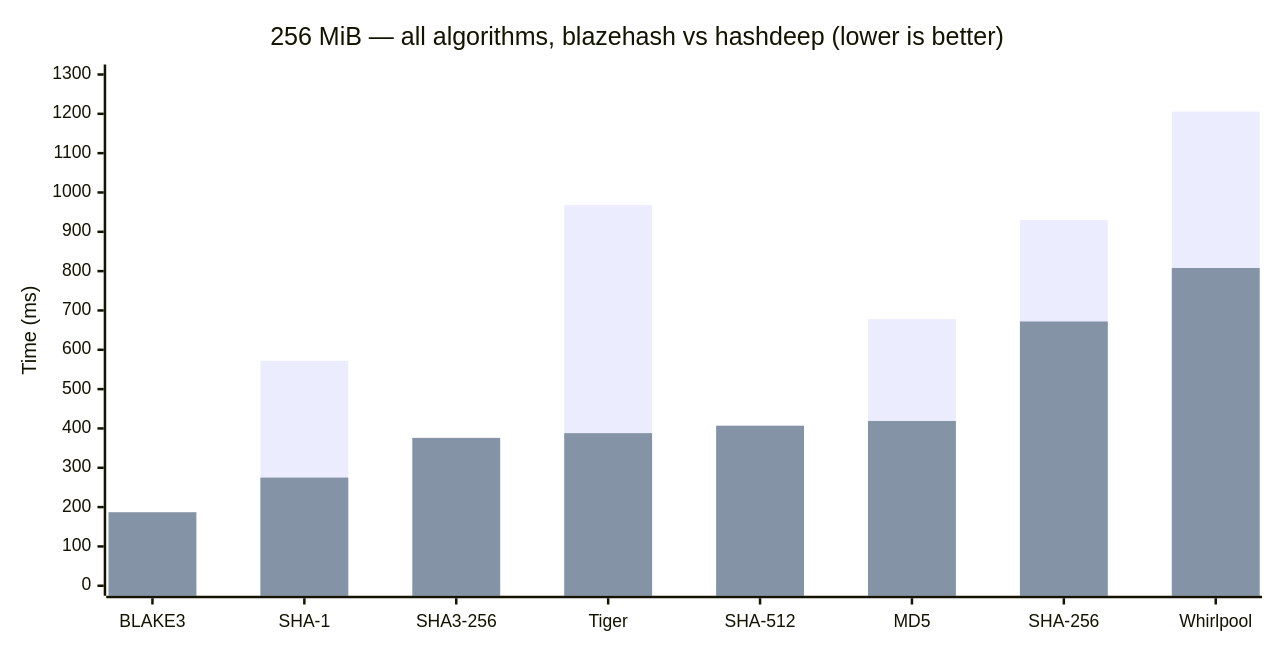
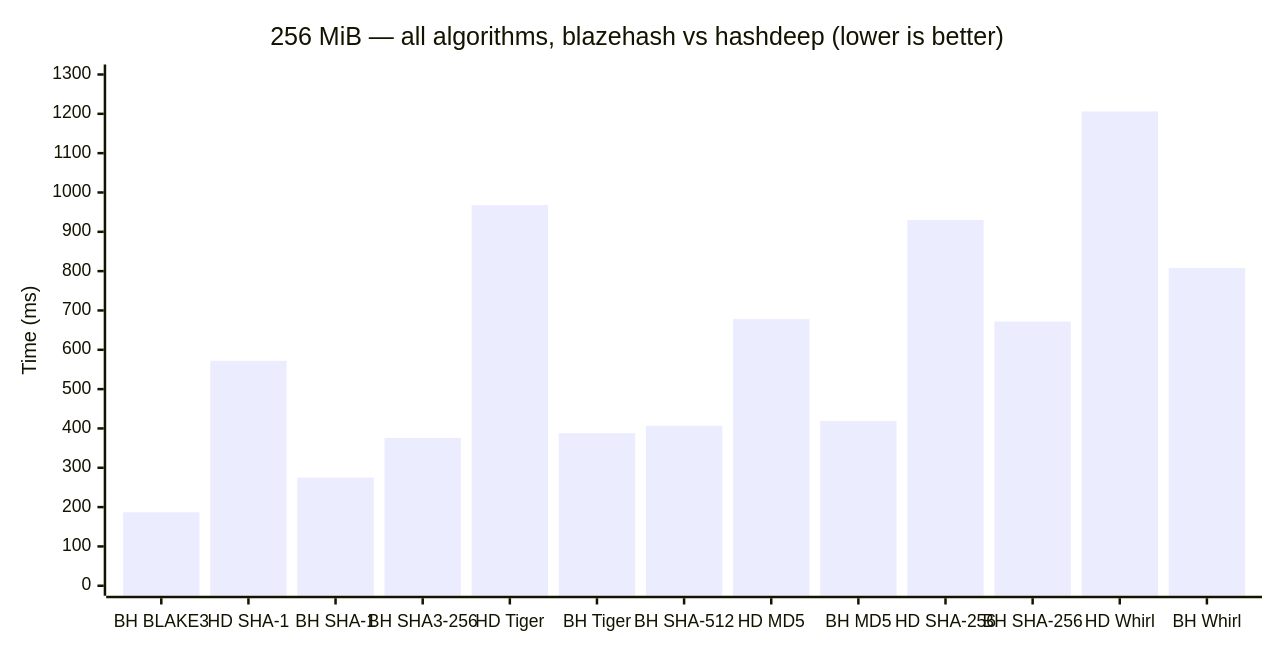
The fifth of 5 diagrams in docs/benchmarks.md (SecurityRonin/blazehash), drawn with Mermaid before and after one commit. The commit also changed other lines of this file, not shown here.

First line of the commit message:
docs: use interleaved side-by-side bars for all benchmark charts

````diff
--- a/docs/benchmarks.md
+++ b/docs/benchmarks.md
@@ -157,13 +153,12 @@
 ```mermaid
 ---
 config:
     xyChart:
         width: 1000
 ---
 xychart-beta
     title "256 MiB — all algorithms, blazehash vs hashdeep (lower is better)"
-    x-axis ["BLAKE3", "SHA-1", "SHA3-256", "Tiger", "SHA-512", "MD5", "SHA-256", "Whirlpool"]
+    x-axis ["BH BLAKE3", "HD SHA-1", "BH SHA-1", "BH SHA3-256", "HD Tiger", "BH Tiger", "BH SHA-512", "HD MD5", "BH MD5", "HD SHA-256", "BH SHA-256", "HD Whirl", "BH Whirl"]
     y-axis "Time (ms)" 0 --> 1300
-    bar "hashdeep" [0, 572, 0, 968, 0, 678, 930, 1206]
-    bar "blazehash" [187, 275, 376, 388, 407, 419, 672, 808]
+    bar [187, 572, 275, 376, 968, 388, 407, 678, 419, 930, 672, 1206, 808]
 ```
````
